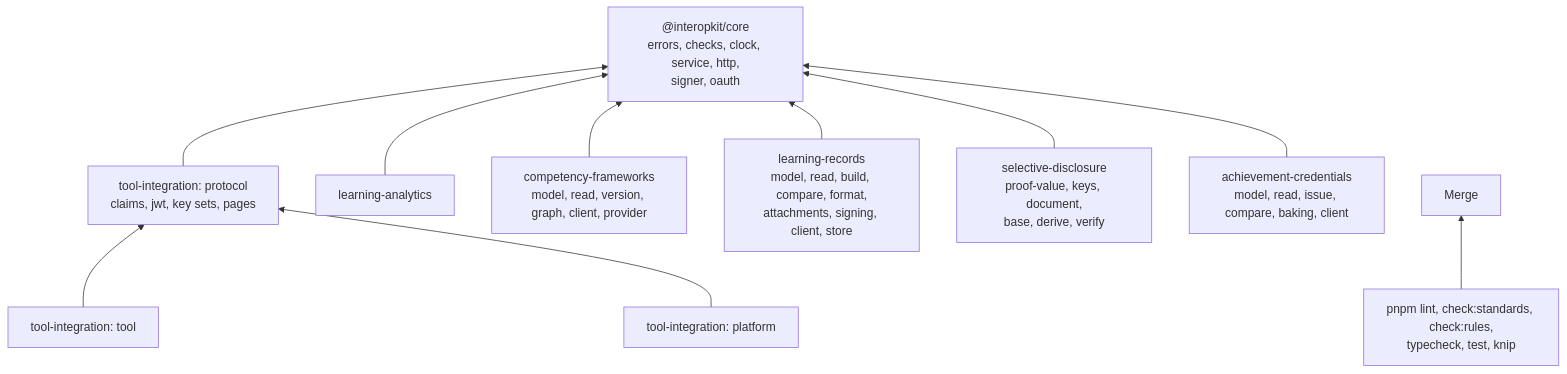
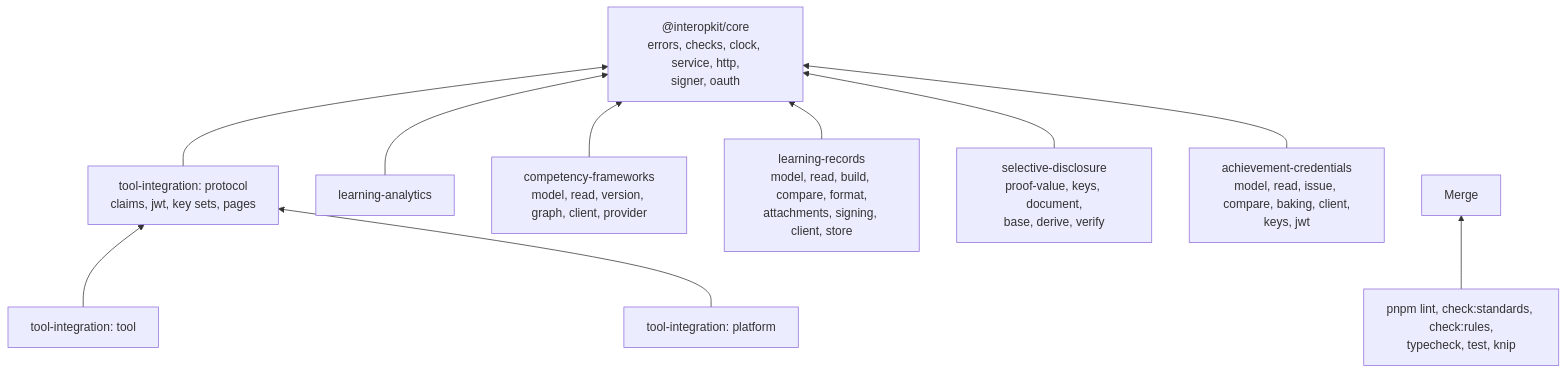
Before and after one commit to interopkit/interopkit: the diagram in AGENTS.md, drawn with Mermaid. The commit also changed other lines of this file and 49 other files, not shown here.

First line of the commit message:
Add keys and JWT proofs to achievement-credentials: the key resolver, the binding of a key to its issuer, and credentials as signed and read JWTs

````diff
--- a/AGENTS.md
+++ b/AGENTS.md
@@ -15,21 +15,21 @@
 ```mermaid
 flowchart BT
   core["@interopkit/core<br/>errors, checks, clock, service, http,<br/>signer, oauth"]
   proto["tool-integration: protocol<br/>claims, jwt, key sets, pages"]
   tool["tool-integration: tool"]
   plat["tool-integration: platform"]
   la["learning-analytics"]
   cf["competency-frameworks<br/>model, read, version, graph, client, provider"]
   lr["learning-records<br/>model, read, build, compare, format,<br/>attachments, signing, client, store"]
   sd["selective-disclosure<br/>proof-value, keys, document,<br/>base, derive, verify"]
-  ac["achievement-credentials<br/>model, read, issue, compare, baking, client"]
+  ac["achievement-credentials<br/>model, read, issue, compare, baking, client,<br/>keys, jwt"]
   proto --> core
   tool --> proto
   plat --> proto
   la --> core
   cf --> core
   lr --> core
   sd --> core
   ac --> core
   gates["pnpm lint, check:standards, check:rules,<br/>typecheck, test, knip"] --> merge["Merge"]
 ```
````
